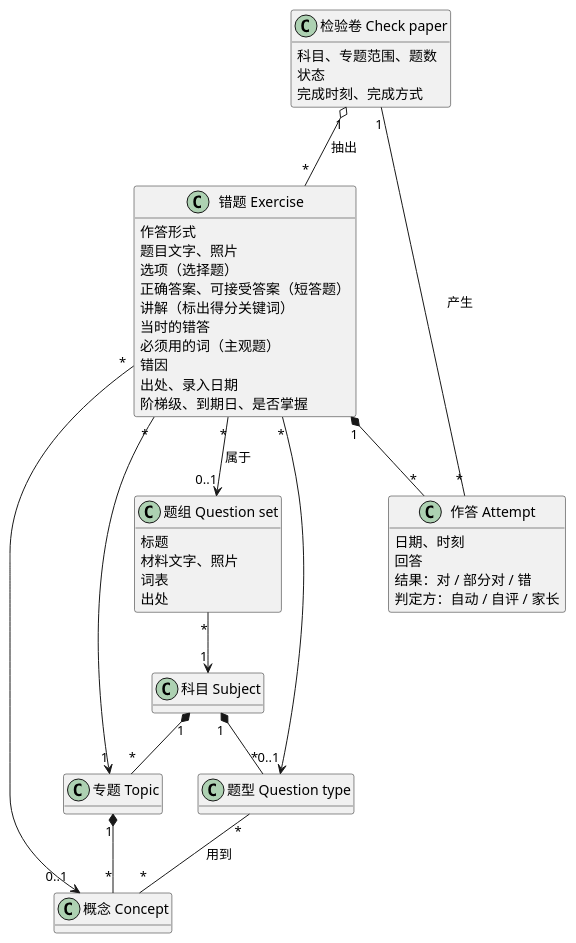
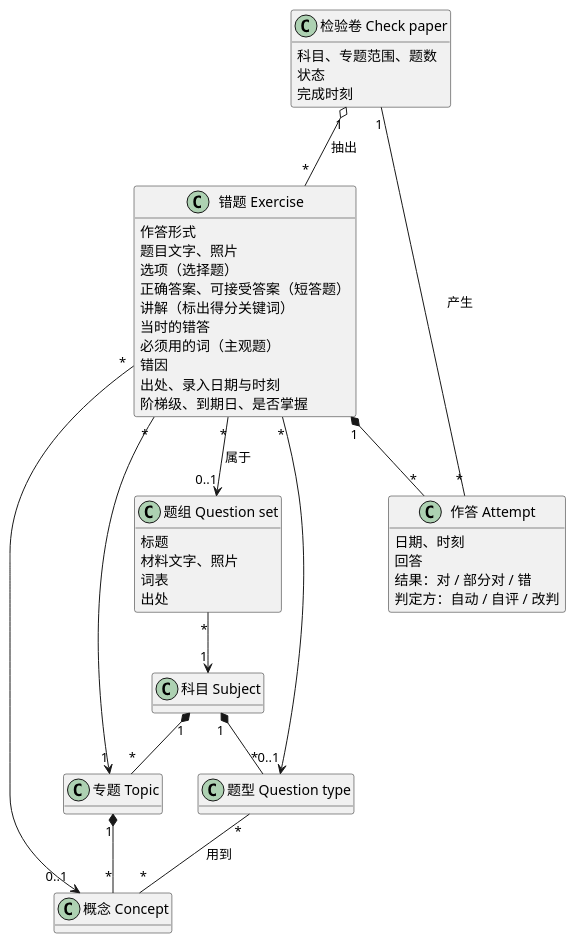
One commit to lengthlong/exercise_arena changed the first of 2 diagrams in domain/OVERVIEW.md. Above: the diagram before and after it, drawn with PlantUML. The commit also changed other lines of this file and 13 other files, not shown here.

````diff
--- a/domain/OVERVIEW.md
+++ b/domain/OVERVIEW.md
@@ -7,50 +7,50 @@
 ```plantuml
 @startuml
 hide empty methods
 class "错题 Exercise" as Exercise {
   作答形式
   题目文字、照片
   选项（选择题）
   正确答案、可接受答案（短答题）
   讲解（标出得分关键词）
   当时的错答
   必须用的词（主观题）
   错因
-  出处、录入日期
+  出处、录入日期与时刻
   阶梯级、到期日、是否掌握
 }
 class "科目 Subject" as Subject
 class "专题 Topic" as Topic
 class "概念 Concept" as Concept
 class "题型 Question type" as QType
 class "作答 Attempt" as Attempt {
   日期、时刻
   回答
   结果：对 / 部分对 / 错
-  判定方：自动 / 自评 / 家长
+  判定方：自动 / 自评 / 改判
 }
 class "题组 Question set" as QSet {
   标题
   材料文字、照片
   词表
   出处
 }
 class "检验卷 Check paper" as Paper {
   科目、专题范围、题数
   状态
-  完成时刻、完成方式
+  完成时刻
 }
 Subject "1" *-- "*" Topic
 Topic "1" *-- "*" Concept
 Subject "1" *-- "*" QType
 QType "*" -- "*" Concept : 用到
 Exercise "*" --> "1" Topic
 Exercise "*" --> "0..1" Concept
 Exercise "*" --> "0..1" QType
 Exercise "*" --> "0..1" QSet : 属于
 QSet "*" --> "1" Subject
 Exercise "1" *-- "*" Attempt
 Paper "1" o-- "*" Exercise : 抽出
 Paper "1" -- "*" Attempt : 产生
 @enduml
 ```
````
